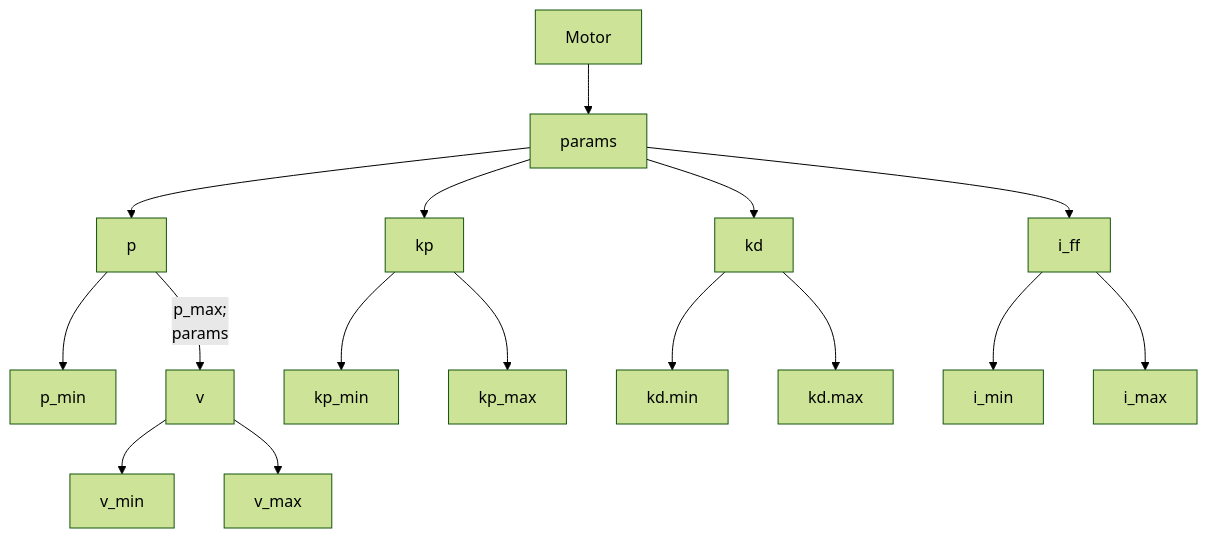
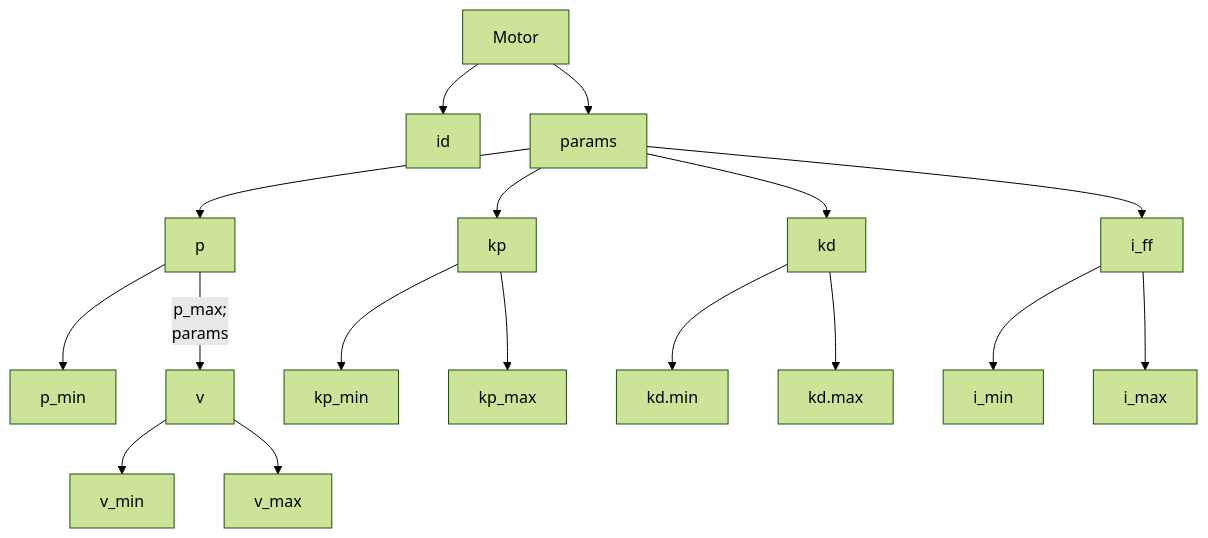
The diagram in README.md (NDHANA94/hyperdog.AI-microROS-workspace), drawn with Mermaid (forest theme) before and after one commit.

````diff
--- a/README.md
+++ b/README.md
@@ -13,22 +13,26 @@
 ```mermaid
 graph TD;
+    Motor-->id;
+
     Motor-->params;
     params-->p;
     p-->p_min;
     p--p_max;
     params-->v;
     v-->v_min;
     v-->v_max;
     params-->kp;
     kp-->kp_min;
     kp-->kp_max;
     params-->kd;
     kd-->kd.min;
     kd-->kd.max;
     params-->i_ff;
     i_ff-->i_min;
     i_ff-->i_max;
 
+    
+
 
     ;
 ```
````
